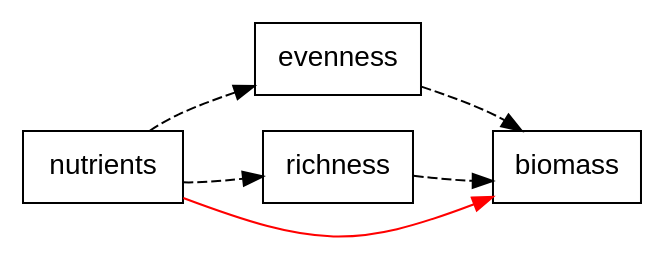
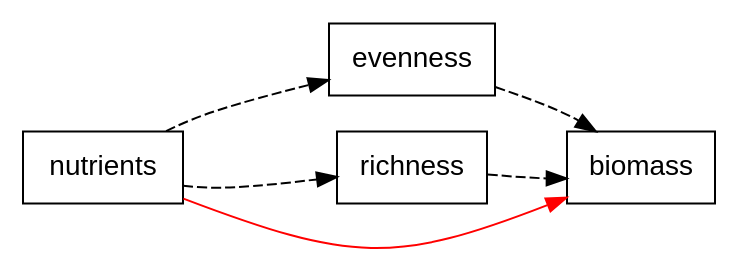
One commit to pennekampster/Swiss_SEM changed the eighth of 18 diagrams in 5_Slides/Intro_to_SEM_part1.qmd. Above: the diagram before and after it, drawn with Graphviz. The commit also changed other lines of this file and 3 other files, not shown here.

````diff
--- a/5_Slides/Intro_to_SEM_part1.qmd
+++ b/5_Slides/Intro_to_SEM_part1.qmd
@@ -555,26 +575,26 @@
 ```{dot}
 //| fig-width: 6
 digraph  {
 
   # a 'graph' statement
   graph [overlap = false, fontsize = 10, layout = dot, splines = curved,
        rankdir = LR]
 
   # several 'node' statements
   node [shape = box,
         fontname = Helvetica]
         
   nutrients; evenness, richness; biomass;
 
   # several 'edge' statements
     nutrients->richness [style=dashed];
     nutrients->evenness [style=dashed];
     evenness->biomass [style=dashed];
     richness->biomass [style=dashed];
-    nutrients->biomass [color=red];
+    nutrients->biomass [color=red, minlen=3];
     
     {rank=min; nutrients;}
     {rank=max; biomass;}
     {rank=same; richness evenness;}
 }
 ```
````
